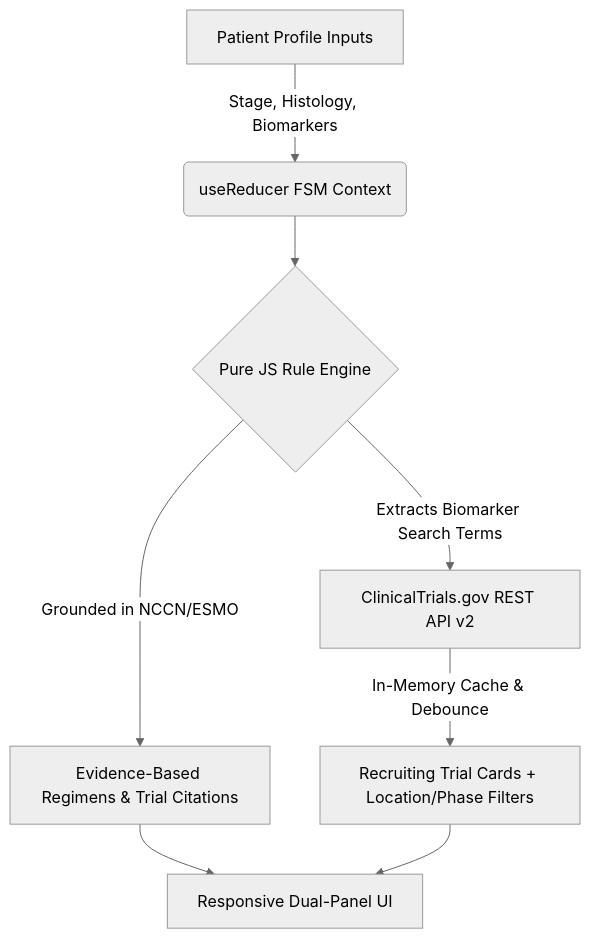
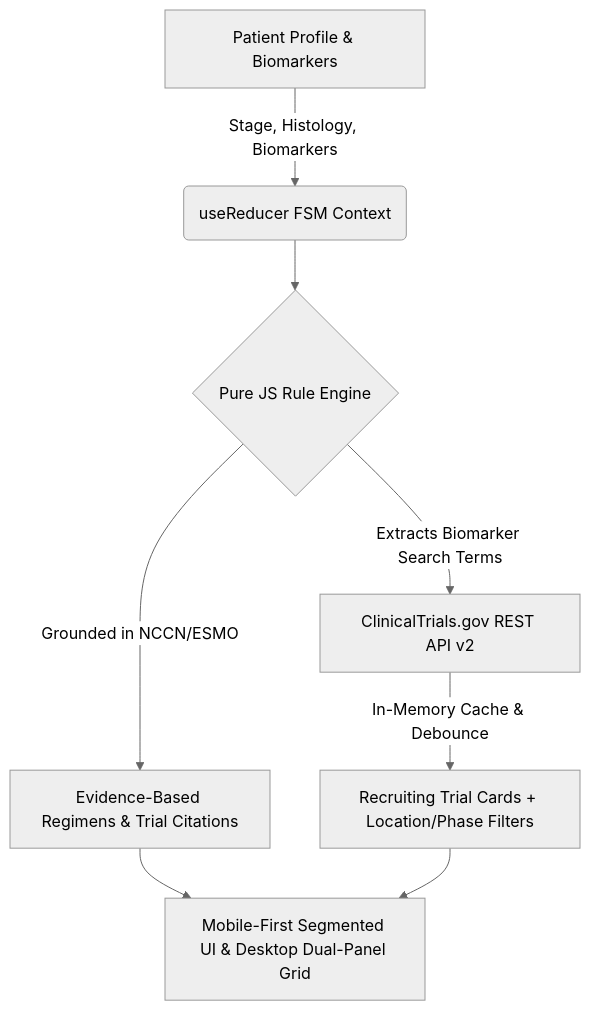
One commit to realrezi/onconavigate changed the diagram in README.md. Above: the diagram before and after it, drawn with Mermaid (neutral theme). The commit also changed other lines of this file, not shown here.

Commit message:
docs: update README.md with international unit measurement system, native mobile phone UX, and release v1.1.0

````diff
--- a/README.md
+++ b/README.md
@@ -21,9 +22,9 @@
 ```mermaid
 flowchart TD
-    A[Patient Profile Inputs] -->|Stage, Histology, Biomarkers| B(useReducer FSM Context)
+    A[Patient Profile & Biomarkers] -->|Stage, Histology, Biomarkers| B(useReducer FSM Context)
     B --> C{Pure JS Rule Engine}
     C -->|Grounded in NCCN/ESMO| D[Evidence-Based Regimens & Trial Citations]
     C -->|Extracts Biomarker Search Terms| E[ClinicalTrials.gov REST API v2]
     E -->|In-Memory Cache & Debounce| F[Recruiting Trial Cards + Location/Phase Filters]
-    D & F --> G[Responsive Dual-Panel UI]
+    D & F --> G[Mobile-First Segmented UI & Desktop Dual-Panel Grid]
 ```
````
